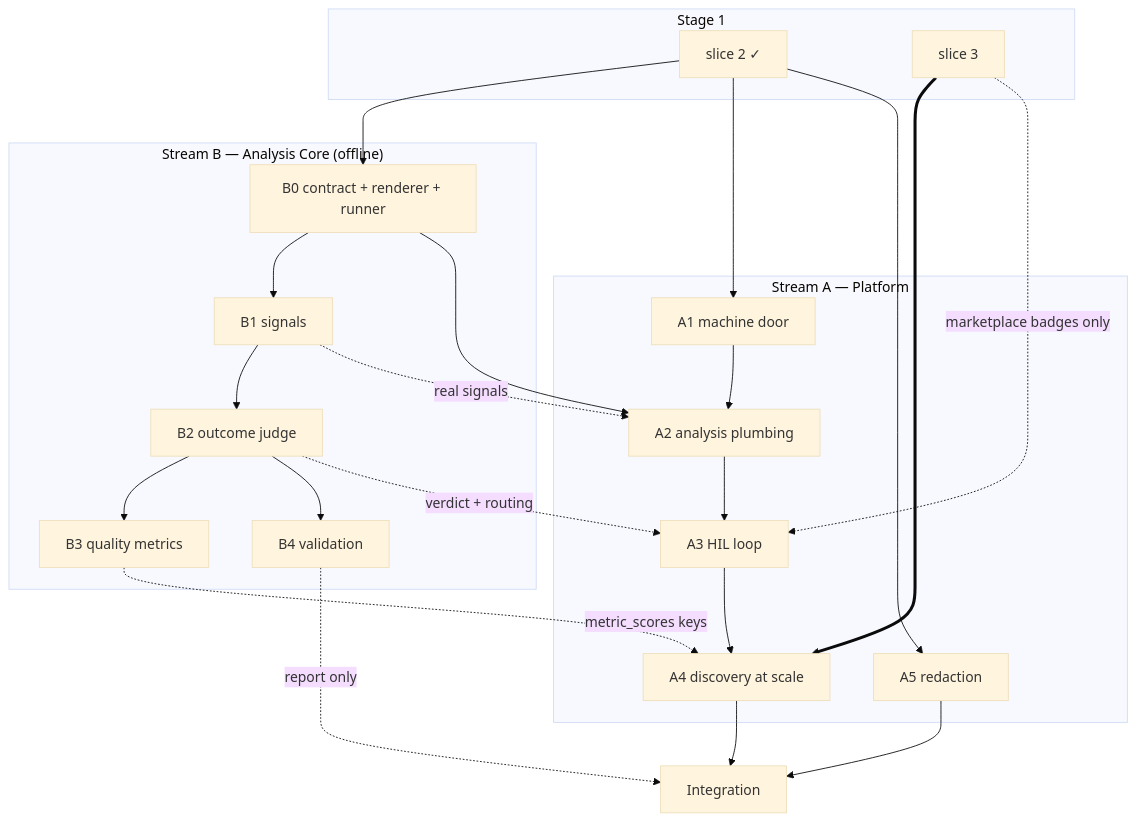
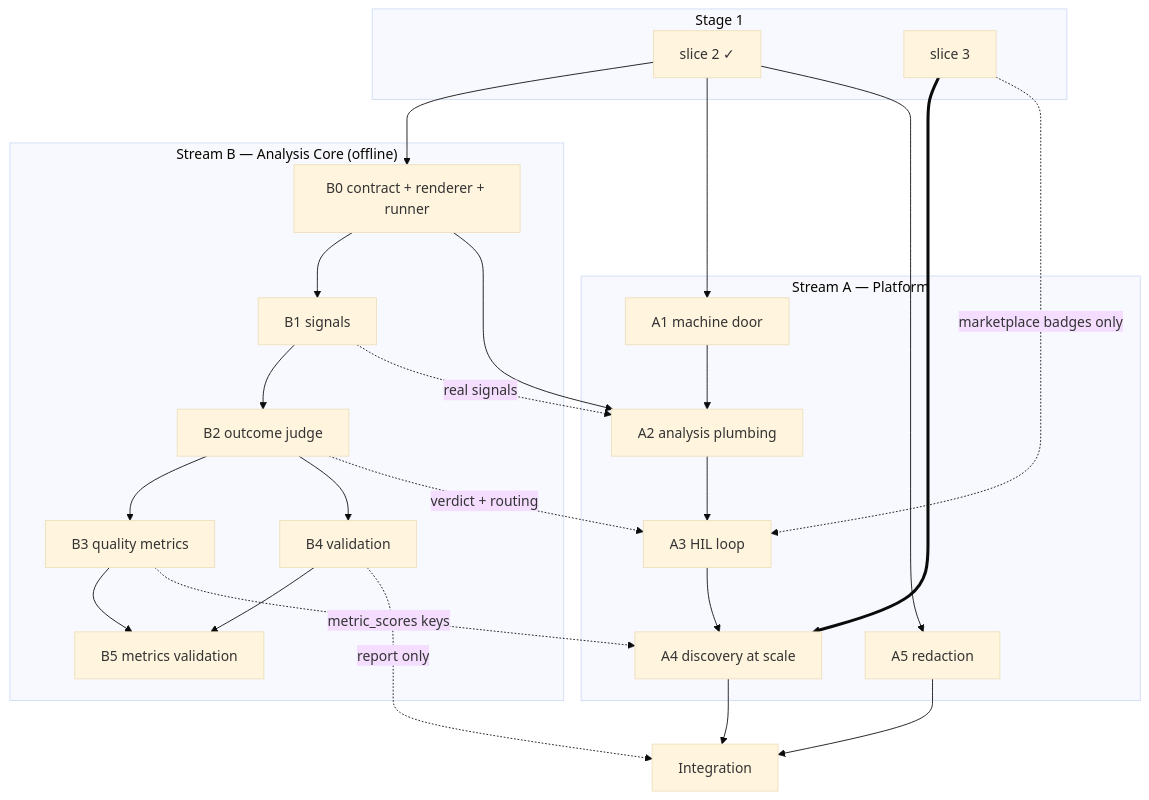
One commit to joel-ritossa/trace-marketplace changed the diagram in docs/spec/stage-2/6_build-order.md. Above: the diagram before and after it, drawn with Mermaid (base theme). The commit also changed other lines of this file and 381 other files, not shown here.

````diff
--- a/docs/spec/stage-2/6_build-order.md
+++ b/docs/spec/stage-2/6_build-order.md
@@ -13,42 +13,45 @@
 ```mermaid
 flowchart TD
     subgraph S1["Stage 1"]
         s2["slice 2 ✓"]
         s3["slice 3"]
     end
 
     subgraph SB["Stream B — Analysis Core (offline)"]
         B0["B0 contract + renderer + runner"]
         B1["B1 signals"]
         B2["B2 outcome judge"]
         B3["B3 quality metrics"]
         B4["B4 validation"]
+        B5["B5 metrics validation"]
     end
 
     subgraph SA["Stream A — Platform"]
         A1["A1 machine door"]
         A2["A2 analysis plumbing"]
         A3["A3 HIL loop"]
         A4["A4 discovery at scale"]
         A5["A5 redaction"]
     end
 
     INT["Integration"]
 
     s2 --> B0
     s2 --> A1
     B0 --> B1 --> B2
     B2 --> B3
     B2 --> B4
+    B3 --> B5
+    B4 --> B5
     B0 --> A2
     A1 --> A2 --> A3 --> A4
     B1 -. "real signals" .-> A2
     B2 -. "verdict + routing" .-> A3
     B3 -. "metric_scores keys" .-> A4
     s3 ==> A4
     s3 -. "marketplace badges only" .-> A3
     s2 --> A5
     A4 --> INT
     A5 --> INT
     B4 -. "report only" .-> INT
 ```
````
